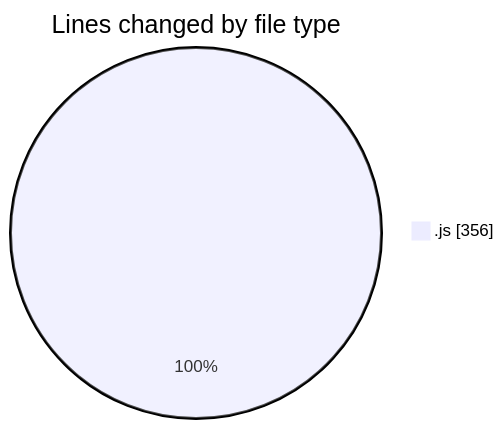
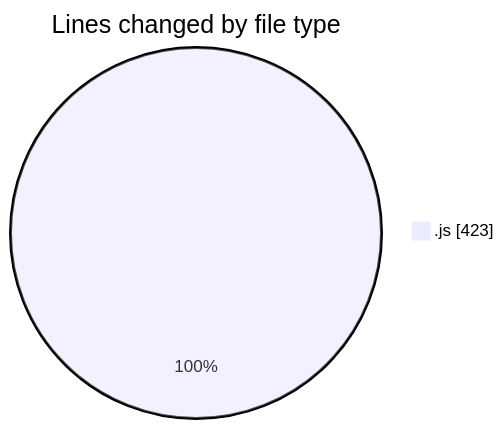
One commit to nxtqubesakshisongat/code-tracking changed the first of 2 diagrams in 2025-04-08/nxtqube_webapp/README.md. Above: the diagram before and after it, drawn with Mermaid. The commit also changed other lines of this file and 1 other file, not shown here.

````diff
--- a/2025-04-08/nxtqube_webapp/README.md
+++ b/2025-04-08/nxtqube_webapp/README.md
@@ -20,5 +21,5 @@
 ```mermaid
 pie showData
 title Lines changed by file type
-".js" : 356
+".js" : 423
 ```
````
